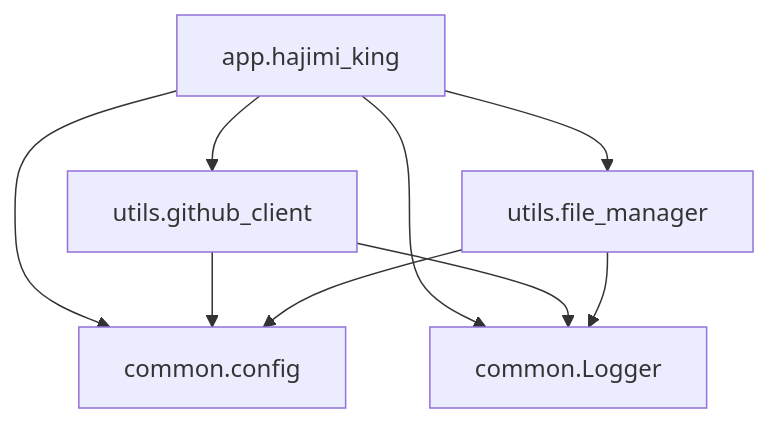
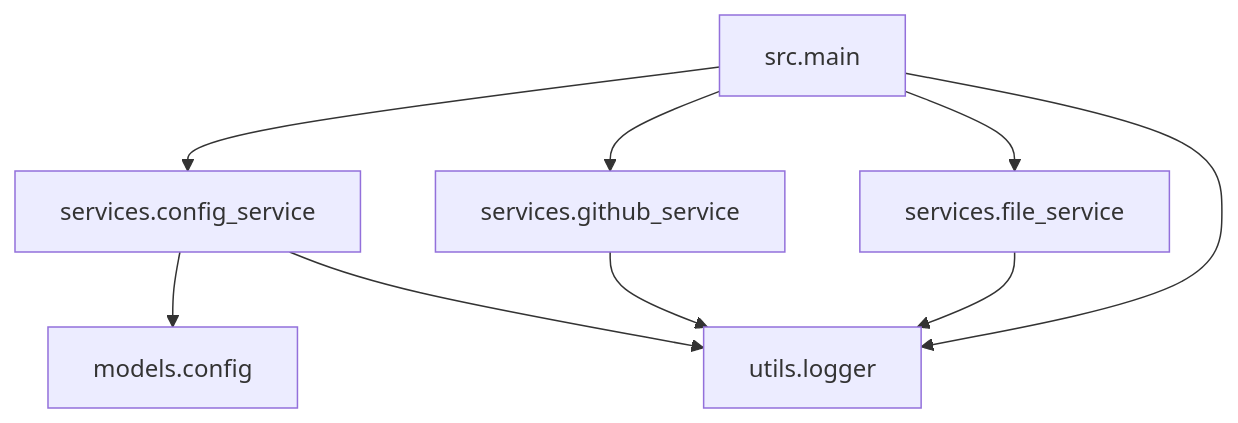
Before and after one commit to james-6-23/APIKEY-king: the fourth of 4 diagrams in .qoder/repowiki/zh/content/项目概述.md, drawn with Mermaid. The commit also changed other lines of this file and 49 other files, not shown here.

````diff
--- a/.qoder/repowiki/zh/content/项目概述.md
+++ b/.qoder/repowiki/zh/content/项目概述.md
@@ -334,11 +366,11 @@
 ```mermaid
 graph TD
-app.hajimi_king --> common.config
-app.hajimi_king --> common.Logger
-app.hajimi_king --> utils.github_client
-app.hajimi_king --> utils.file_manager
-utils.github_client --> common.config
-utils.github_client --> common.Logger
-utils.file_manager --> common.config
-utils.file_manager --> common.Logger
+src.main --> services.config_service
+src.main --> services.github_service
+src.main --> services.file_service
+src.main --> utils.logger
+services.config_service --> models.config
+services.config_service --> utils.logger
+services.github_service --> utils.logger
+services.file_service --> utils.logger
 ```
````
